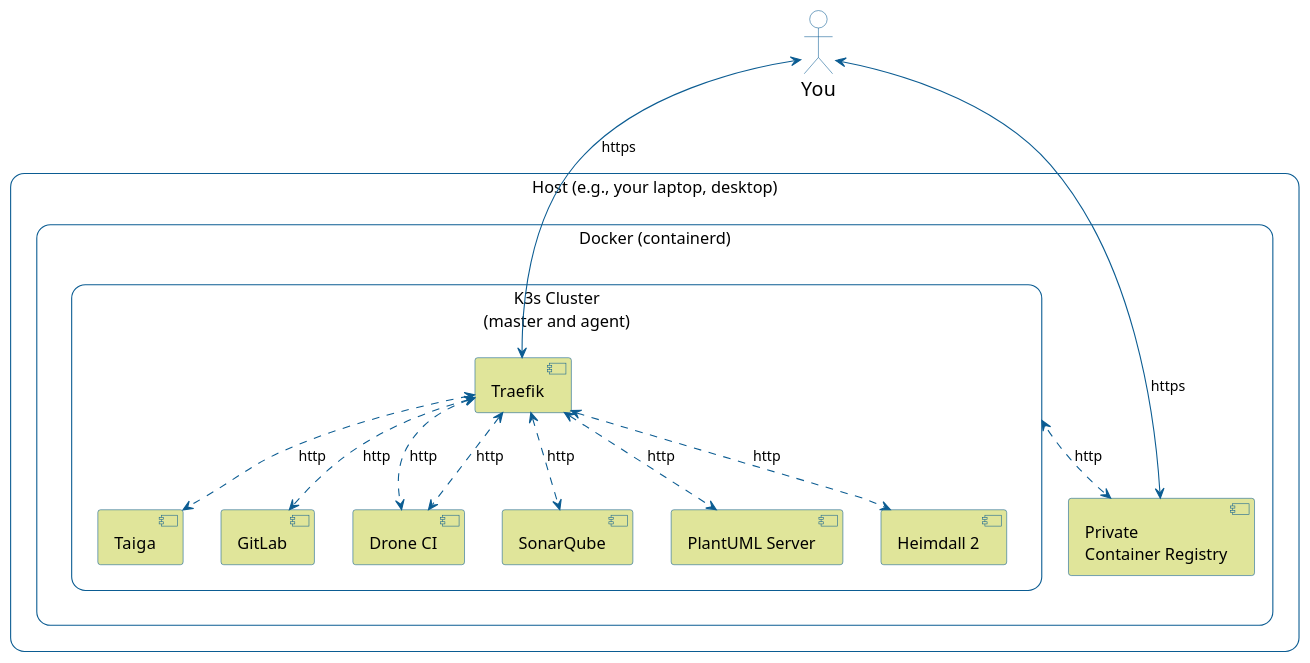
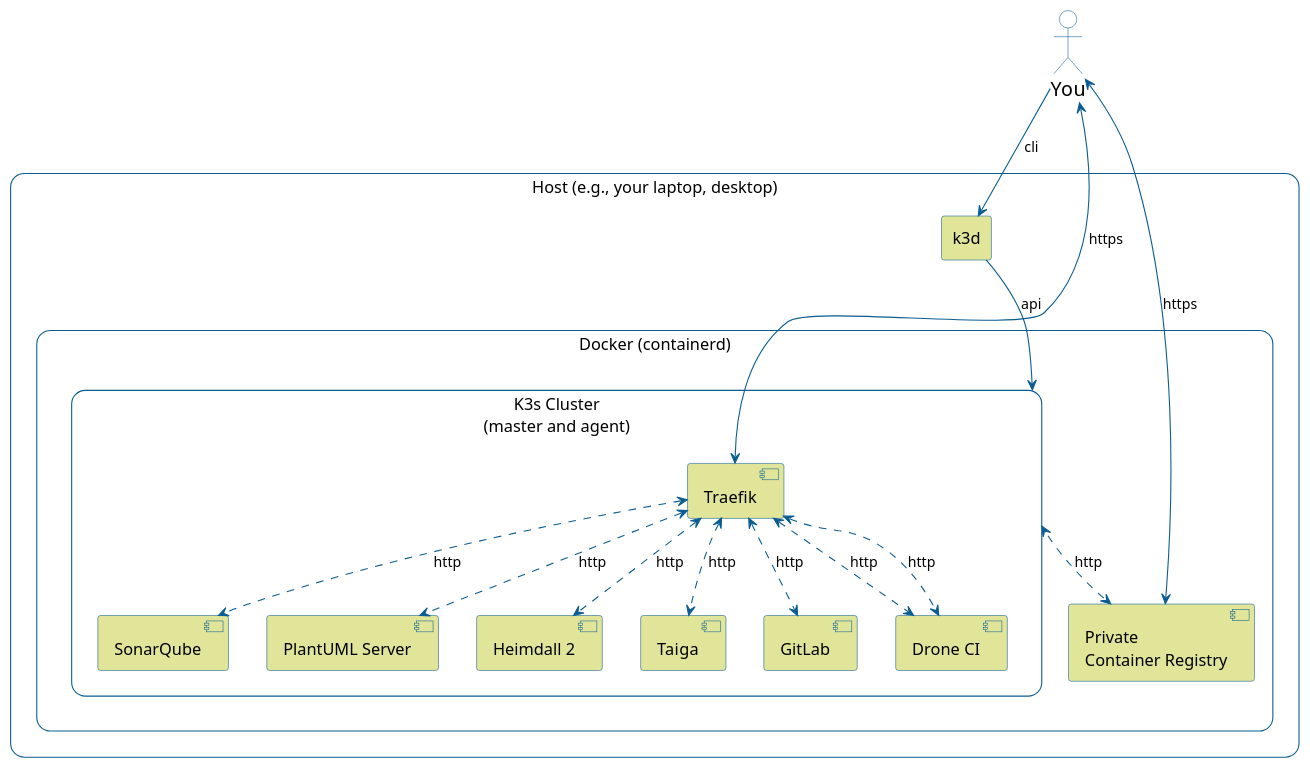
Before and after one commit to nemonik/hands-on-DevOps-gen2: the diagram in plantuml/deployment.puml, drawn with PlantUML.

```diff
--- a/plantuml/deployment.puml
+++ b/plantuml/deployment.puml
@@ -1,81 +1,95 @@
 @startuml
 skinparam shadowing false
 
 skinparam actor {
   BorderColor #0B5C92
   BackgroundColor none
   FontStyle "Thin"
   FontSize 18
 }
 
 skinparam node {
   BorderColor #0B5C92
   BackgroundColor #ffffff
   FontStyle "Thin"
   FontSize 15
 }
 
 skinparam rectangle {
   roundCorner 25
   BorderColor #0B5C92
   BackgroundColor #ffffff
   FontStyle "Thin"
   FontSize 15
 }
 
 skinparam component {
+  BorderColor #0B5C92
+  BackgroundColor #e0e59a
+  FontStyle "Thin"
+  FontSize 15
+}
+
+skinparam agent {
   BorderColor #0B5C92
   BackgroundColor #e0e59a
   FontStyle "Thin"
   FontSize 15
 }
 
 
 skinparam note {
   BorderColor #0B5C92
   BackgroundColor #FEFECE
   FontStyle "Thin"
   FontSize 15
 }
 
 skinparam database {
   BorderColor #0B5C92
   BackgroundColor #e0e59a
   FontStyle "Thin"
   FontSize 15
 }
 
 actor "You" as you
 
 rectangle "Host (e.g., your laptop, desktop)" {
 
   rectangle "Docker (containerd)" {
 
     rectangle "K3s Cluster\n(master and agent)" as k3s {
       component "Traefik" as traefik
       component "Taiga" as taiga
       component "GitLab" as gitlab
       component "Drone CI" as drone
       component "SonarQube" as sonarqube
       component "PlantUML Server" as plantuml_server
       component "Heimdall 2" as heimdall2
     }
 
     component "Private\nContainer Registry" as private_registry
   }
+
+  agent "k3d" as k3d
 }
+
+
 
 traefik <.[#0B5C92]d.> gitlab : http
 traefik <.[#0B5C92]d.> drone : http
 traefik <.[#0B5C92]d.> taiga : http
 traefik <.[#0B5C92]d.> plantuml_server : http
 traefik <.[#0B5C92]d.> drone : http
 traefik <.[#0B5C92]d.> sonarqube : http
 traefik <.[#0B5C92]d.> heimdall2 : http
 
 k3s <.[#0B5C92]d.> private_registry : http
 
 you <-[#0B5C92]d-> private_registry : https
 you <-[#0B5C92]d-> traefik : https
 
+you -[#0B5C92]d-> k3d : cli
+k3d -[#0B5C92]d-> k3s : api
+
 @enduml
```
